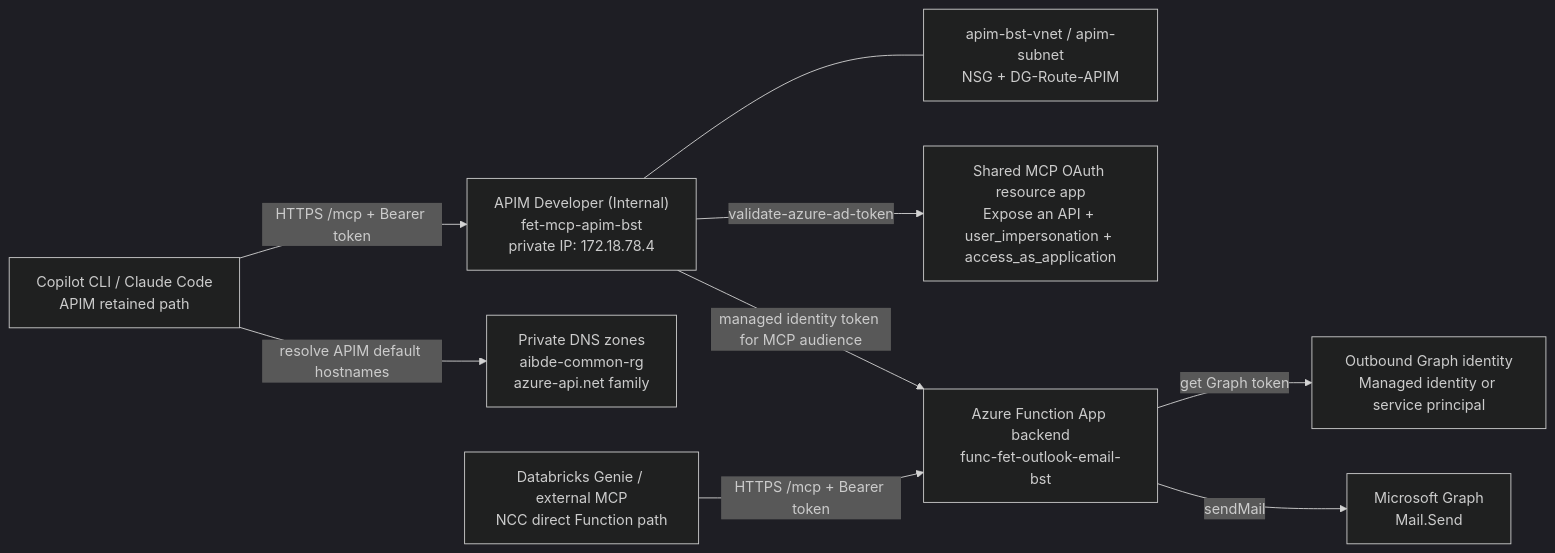
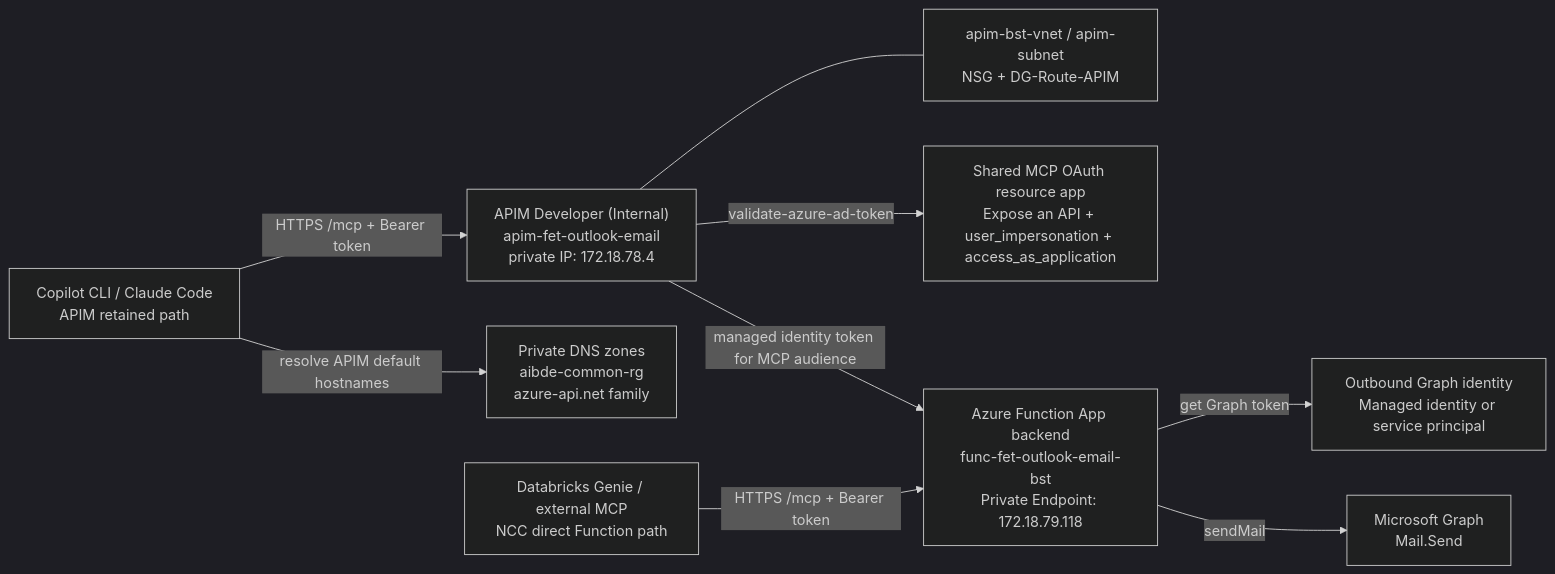
The first of 2 diagrams in outlook-email/README.md (Fet-ycliang/mcp-dotnet-samples), drawn with Mermaid (dark theme) before and after one commit. The commit also changed other lines of this file and 2 other files, not shown here.

Commit message:
docs(outlook-email): update private ingress notes

````diff
--- a/outlook-email/README.md
+++ b/outlook-email/README.md
@@ -1143,21 +1145,21 @@
 ```mermaid
 flowchart LR
     Client["Copilot CLI / Claude Code<br/>APIM retained path"]
     Databricks["Databricks Genie / external MCP<br/>NCC direct Function path"]
     DNS["Private DNS zones<br/>aibde-common-rg<br/>azure-api.net family"]
-    APIM["APIM Developer (Internal)<br/>fet-mcp-apim-bst<br/>private IP: 172.18.78.4"]
+    APIM["APIM Developer (Internal)<br/>apim-fet-outlook-email<br/>private IP: 172.18.78.4"]
     Net["apim-bst-vnet / apim-subnet<br/>NSG + DG-Route-APIM"]
     InboundAuth["Shared MCP OAuth resource app<br/>Expose an API + user_impersonation + access_as_application"]
-    Func["Azure Function App backend<br/>func-fet-outlook-email-bst"]
+    Func["Azure Function App backend<br/>func-fet-outlook-email-bst<br/>Private Endpoint: 172.18.79.118"]
     OutboundAuth["Outbound Graph identity<br/>Managed identity or service principal"]
     Graph["Microsoft Graph<br/>Mail.Send"]
 
     Client -->|"resolve APIM default hostnames"| DNS
     Client -->|"HTTPS /mcp + Bearer token"| APIM
     APIM --- Net
     APIM -->|"validate-azure-ad-token"| InboundAuth
     Databricks -->|"HTTPS /mcp + Bearer token"| Func
     APIM -->|"managed identity token for MCP audience"| Func
     Func -->|"get Graph token"| OutboundAuth
     Func -->|"sendMail"| Graph
 ```
````
